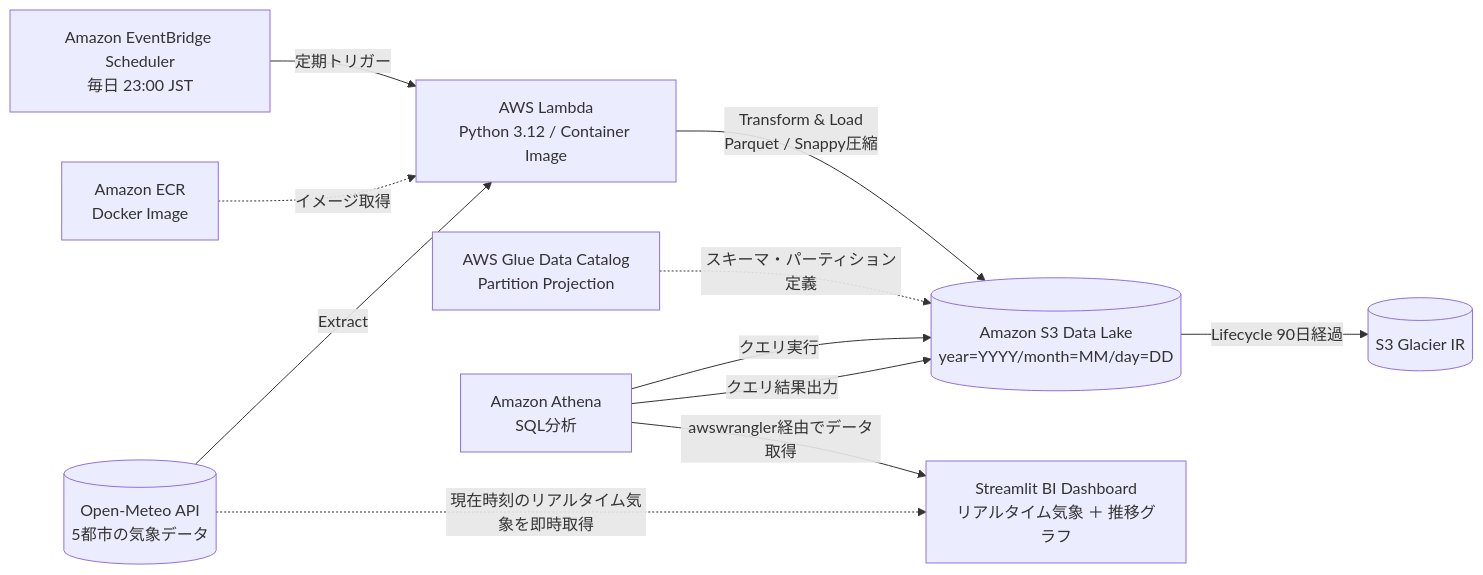
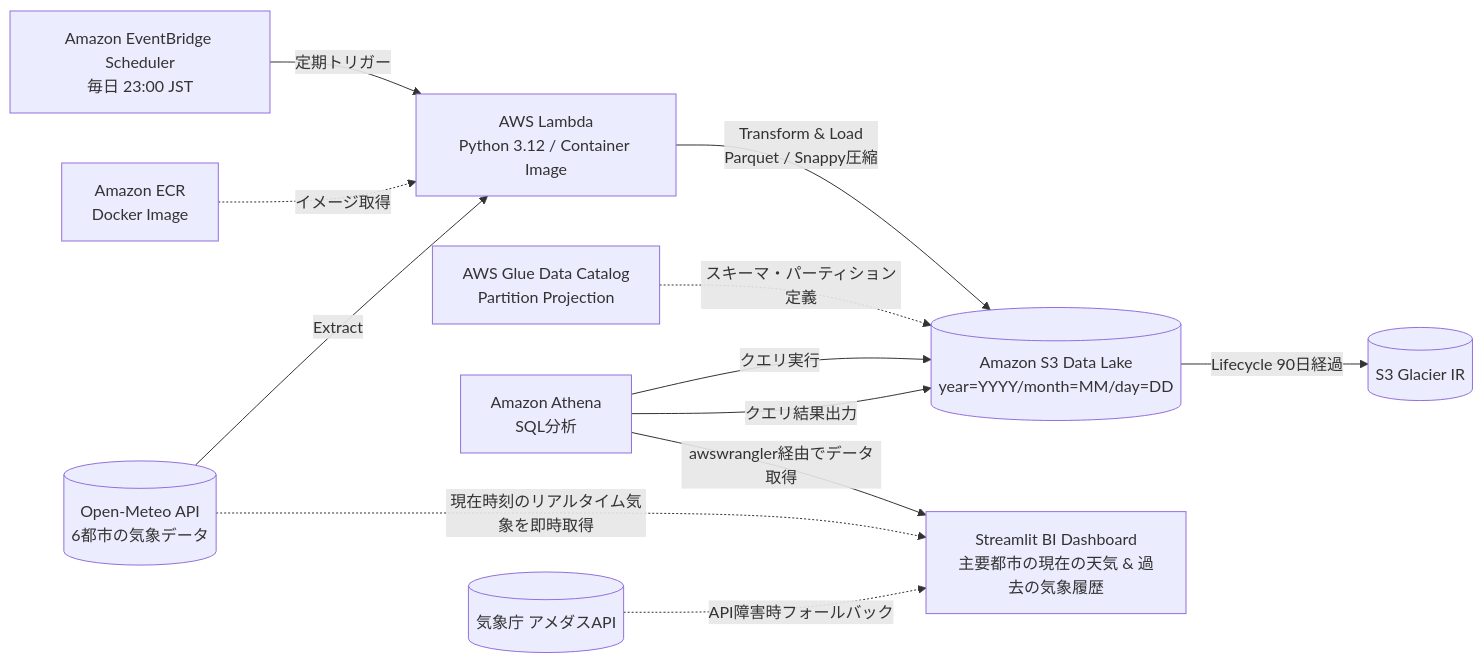
Before and after one commit to wallthings4u-bit/aws-weather-etl: the diagram in README.md, drawn with Mermaid. The commit also changed other lines of this file, not shown here.

````diff
--- a/README.md
+++ b/README.md
@@ -23,13 +22,14 @@
 ```mermaid
 flowchart LR
     EB[Amazon EventBridge Scheduler<br/>毎日 23:00 JST] -->|定期トリガー| Lambda[AWS Lambda<br/>Python 3.12 / Container Image]
     ECR[Amazon ECR<br/>Docker Image] -.->|イメージ取得| Lambda
-    API[(Open-Meteo API<br/>5都市の気象データ)] -->|Extract| Lambda
+    API[(Open-Meteo API<br/>6都市の気象データ)] -->|Extract| Lambda
     Lambda -->|Transform & Load<br/>Parquet / Snappy圧縮| S3[(Amazon S3 Data Lake<br/>year=YYYY/month=MM/day=DD)]
     S3 -->|Lifecycle 90日経過| Glacier[(S3 Glacier IR)]
     Glue[AWS Glue Data Catalog<br/>Partition Projection] -.->|スキーマ・パーティション定義| S3
     Athena[Amazon Athena<br/>SQL分析] -->|クエリ実行| S3
     Athena -->|クエリ結果出力| S3
-    Athena -->|awswrangler経由でデータ取得| Streamlit[Streamlit BI Dashboard<br/>リアルタイム気象 ＋ 推移グラフ]
+    Athena -->|awswrangler経由でデータ取得| Streamlit[Streamlit BI Dashboard<br/>主要都市の現在の天気 & 過去の気象履歴]
     API -.->|現在時刻のリアルタイム気象を即時取得| Streamlit
+    JMA[(気象庁 アメダスAPI)] -.->|API障害時フォールバック| Streamlit
 ```
````
